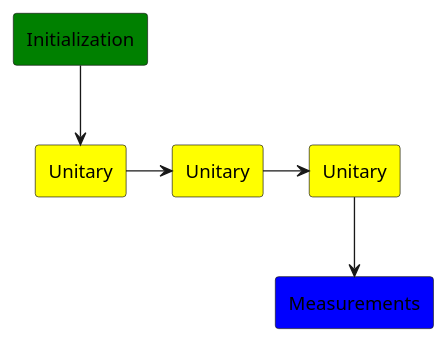
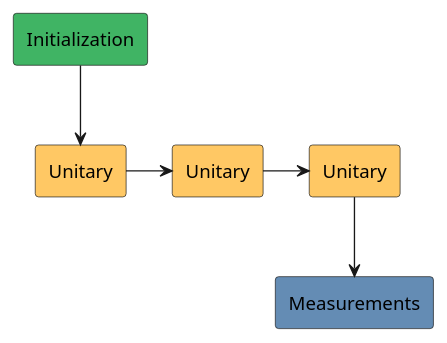
The diagram in qmlcourseRU/_static/qcblock/qubit/diagram.plantuml (quantum-ods/qmlcourse), drawn with PlantUML before and after one commit. The commit also changed 6 other files, not shown here.

First line of the commit message:
Update colors in PlantUML

```diff
--- a/qmlcourseRU/_static/qcblock/qubit/diagram.plantuml
+++ b/qmlcourseRU/_static/qcblock/qubit/diagram.plantuml
@@ -1,12 +1,12 @@
 @startuml
-rectangle "Initialization" as init #Green
-rectangle "Unitary" as unit1 #Yellow
-rectangle "Unitary" as unit2 #Yellow
-rectangle "Unitary" as unit3 #Yellow
-rectangle "Measurements" as measure #Blue
+rectangle "Initialization" as init #40B464
+rectangle "Unitary" as unit1 #FFC864
+rectangle "Unitary" as unit2 #FFC864
+rectangle "Unitary" as unit3 #FFC864
+rectangle "Measurements" as measure #648CB4
 
 init --> unit1
 unit1 -> unit2
 unit2 -> unit3
 unit3 --> measure
 @enduml
```
